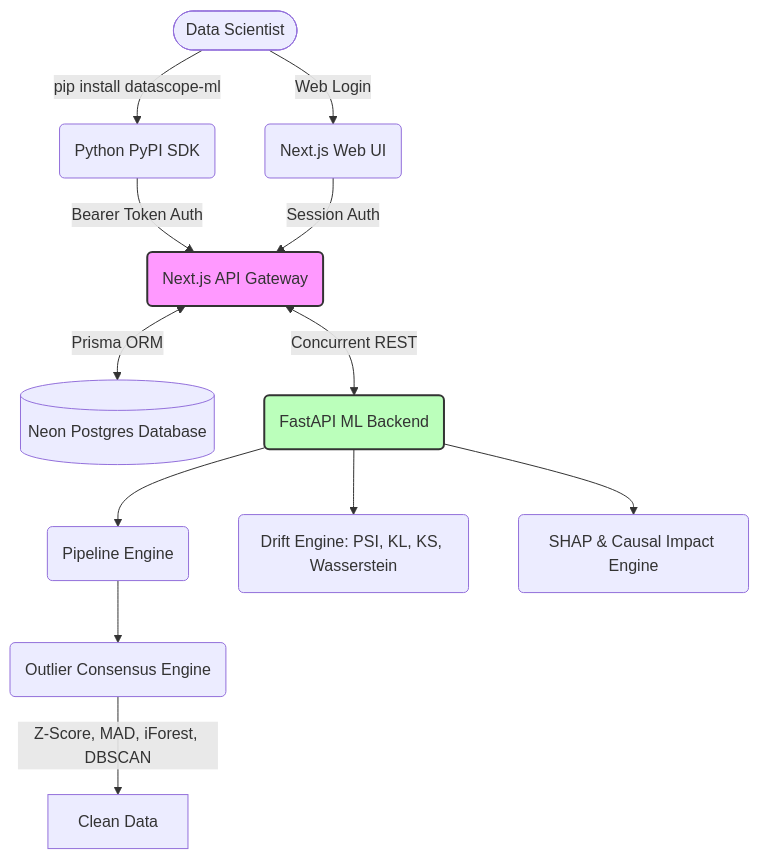
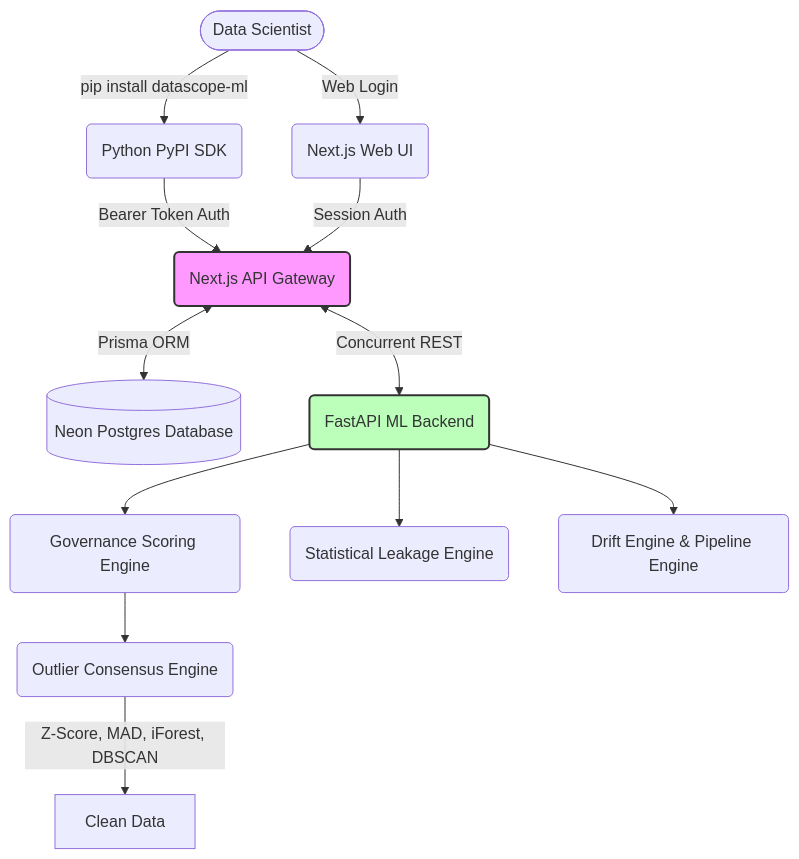
The diagram in README.md (kankaniakshat185/datascope-hf-backend), drawn with Mermaid before and after one commit. The commit also changed other lines of this file, not shown here.

Commit message:
docs: update README with Enterprise Governance and Statistical Leakage Engine features

````diff
--- a/README.md
+++ b/README.md
@@ -63,21 +70,21 @@
 ```mermaid
 graph TD
     User([Data Scientist]) -->|pip install datascope-ml| SDK(Python PyPI SDK)
     User -->|Web Login| Dashboard(Next.js Web UI)
     
     SDK -->|Bearer Token Auth| API(Next.js API Gateway)
     Dashboard -->|Session Auth| API
     
     API <-->|Prisma ORM| DB[(Neon Postgres Database)]
     API <-->|Concurrent REST| Fast(FastAPI ML Backend)
     
-    Fast --> C(Pipeline Engine)
-    Fast --> D(Drift Engine: PSI, KL, KS, Wasserstein)
-    Fast --> E(SHAP & Causal Impact Engine)
+    Fast --> C(Governance Scoring Engine)
+    Fast --> D(Statistical Leakage Engine)
+    Fast --> E(Drift Engine & Pipeline Engine)
     
     C --> F(Outlier Consensus Engine)
     F -->|Z-Score, MAD, iForest, DBSCAN| G[Clean Data]
     
     style API fill:#f9f,stroke:#333,stroke-width:2px
     style Fast fill:#bfb,stroke:#333,stroke-width:2px
 ```
````
